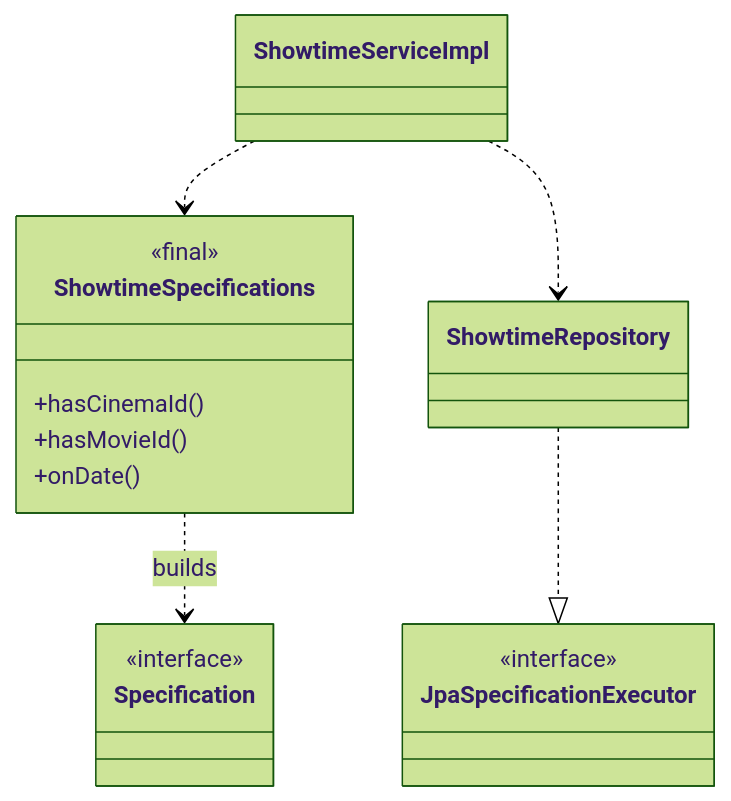
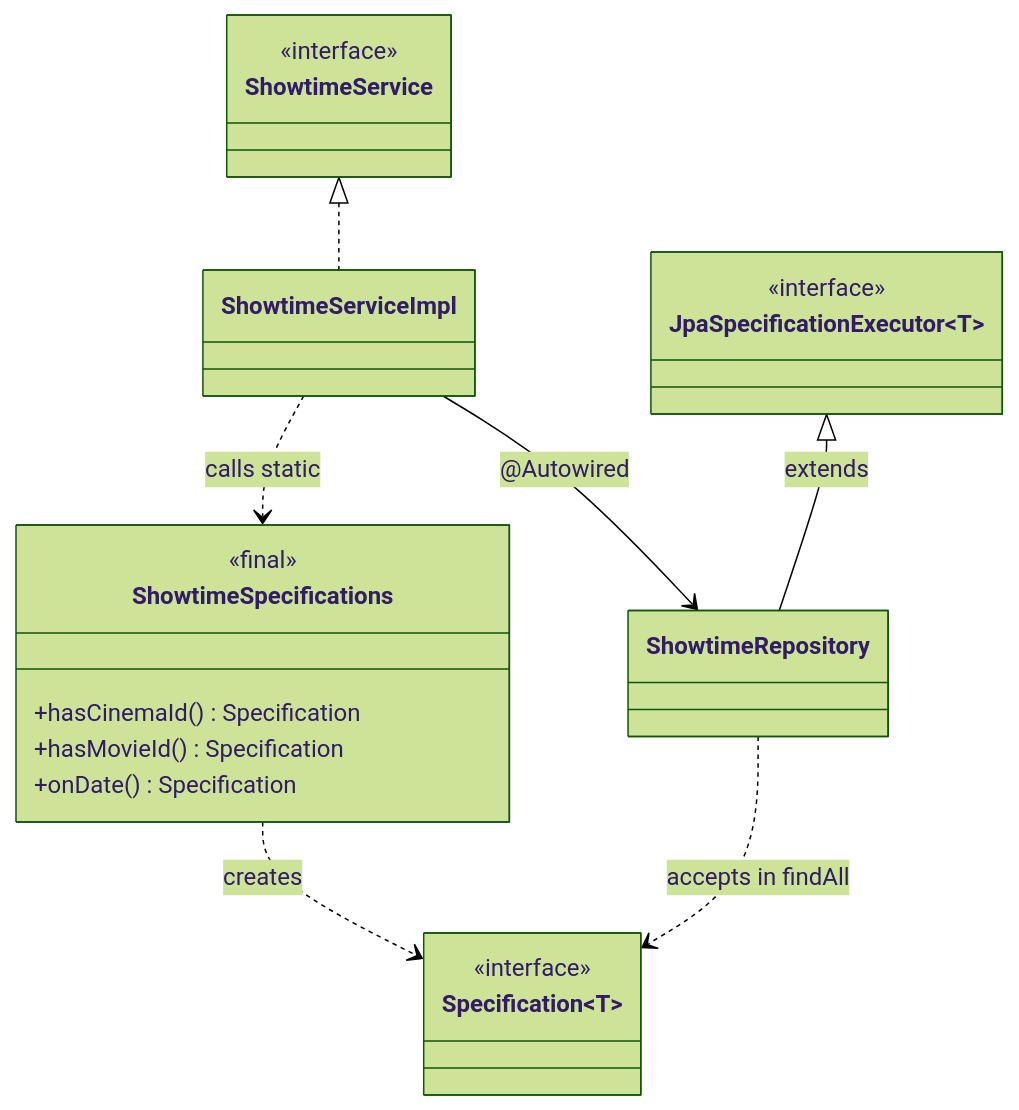
One commit to anhtudayne/Design_Pattern changed the diagram in plans/04-specification-showtime-filter.md. Above: the diagram before and after it, drawn with Mermaid (forest theme). The commit also changed 30 other files, not shown here.

Commit message:
add uml design pattern

````diff
--- a/plans/04-specification-showtime-filter.md
+++ b/plans/04-specification-showtime-filter.md
@@ -104,23 +104,28 @@
 ```mermaid
 classDiagram
   direction TB
   class ShowtimeSpecifications {
     <<final>>
-    +hasCinemaId()
-    +hasMovieId()
-    +onDate()
+    +hasCinemaId() Specification
+    +hasMovieId() Specification
+    +onDate() Specification
   }
-  class Specification {
+  class Specification~T~ {
     <<interface>>
   }
   class ShowtimeRepository
   class ShowtimeServiceImpl
-  class JpaSpecificationExecutor {
+  class ShowtimeService {
+    <<interface>>
+  }
+  class JpaSpecificationExecutor~T~ {
     <<interface>>
   }
 
-  ShowtimeSpecifications ..> Specification : builds
-  ShowtimeRepository ..|> JpaSpecificationExecutor
-  ShowtimeServiceImpl ..> ShowtimeSpecifications
-  ShowtimeServiceImpl ..> ShowtimeRepository
+  ShowtimeSpecifications ..> Specification : creates
+  JpaSpecificationExecutor <|-- ShowtimeRepository : extends
+  ShowtimeService <|.. ShowtimeServiceImpl
+  ShowtimeServiceImpl --> ShowtimeRepository : @Autowired
+  ShowtimeServiceImpl ..> ShowtimeSpecifications : calls static
+  ShowtimeRepository ..> Specification : accepts in findAll
 ```
````
